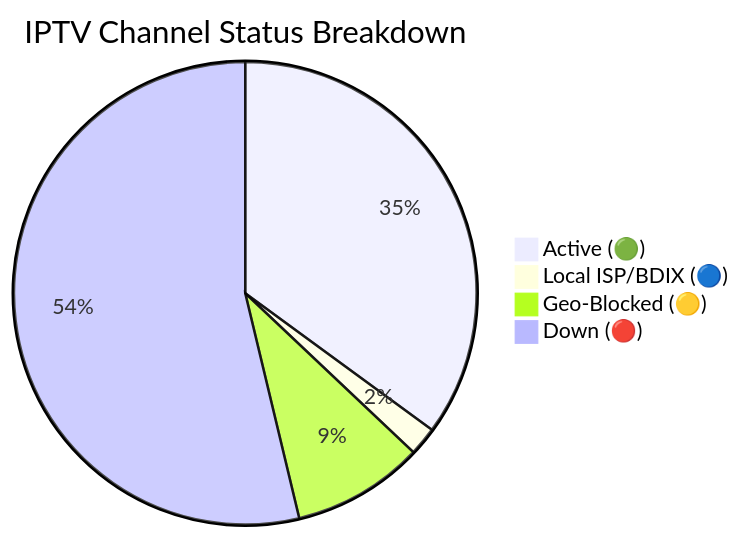
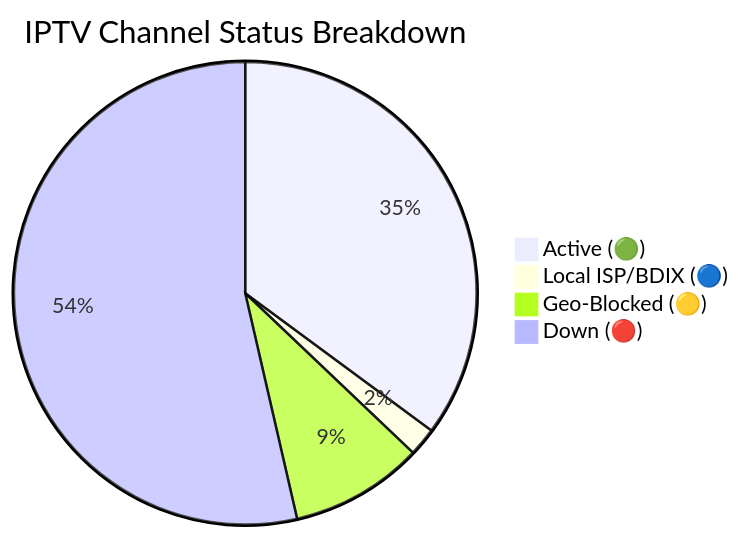
The diagram in README.md (andreataylord/Ip-tv-Collection), drawn with Mermaid before and after one commit. The commit also changed other lines of this file and 2 other files, not shown here.

````diff
--- a/README.md
+++ b/README.md
@@ -59,7 +59,7 @@
 ```mermaid
 pie title IPTV Channel Status Breakdown
-    "Active (🟢)" : 2249
+    "Active (🟢)" : 2273
     "Local ISP/BDIX (🔵)" : 128
-    "Geo-Blocked (🟡)" : 590
-    "Down (🔴)" : 3448
+    "Geo-Blocked (🟡)" : 602
+    "Down (🔴)" : 3469
 ```
````
